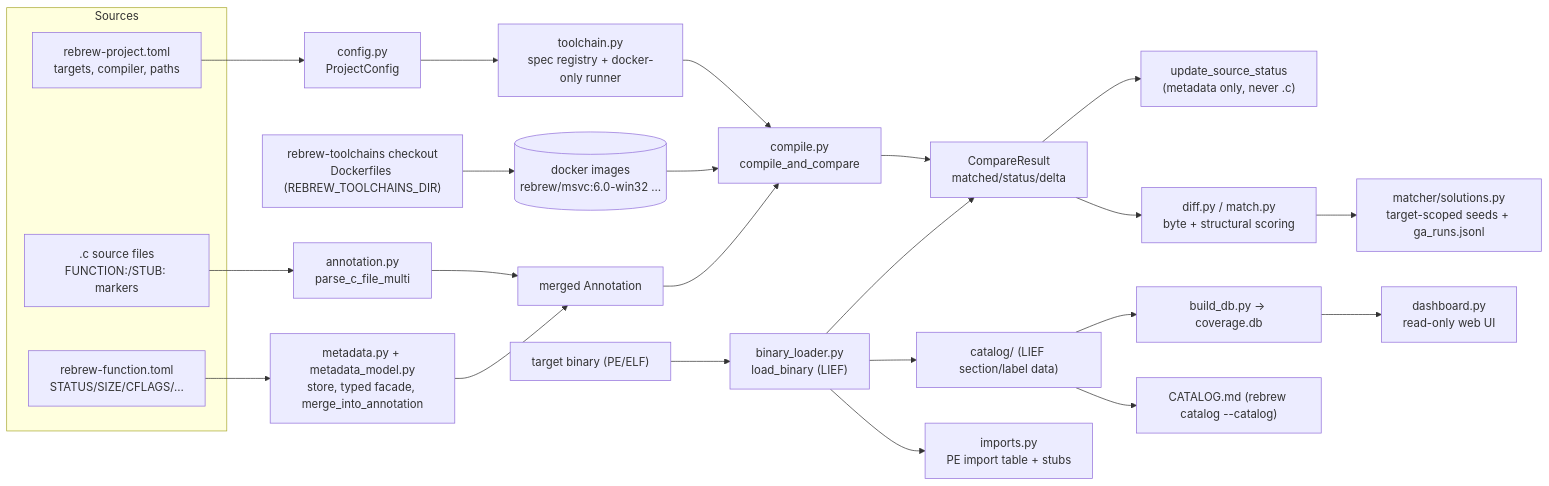
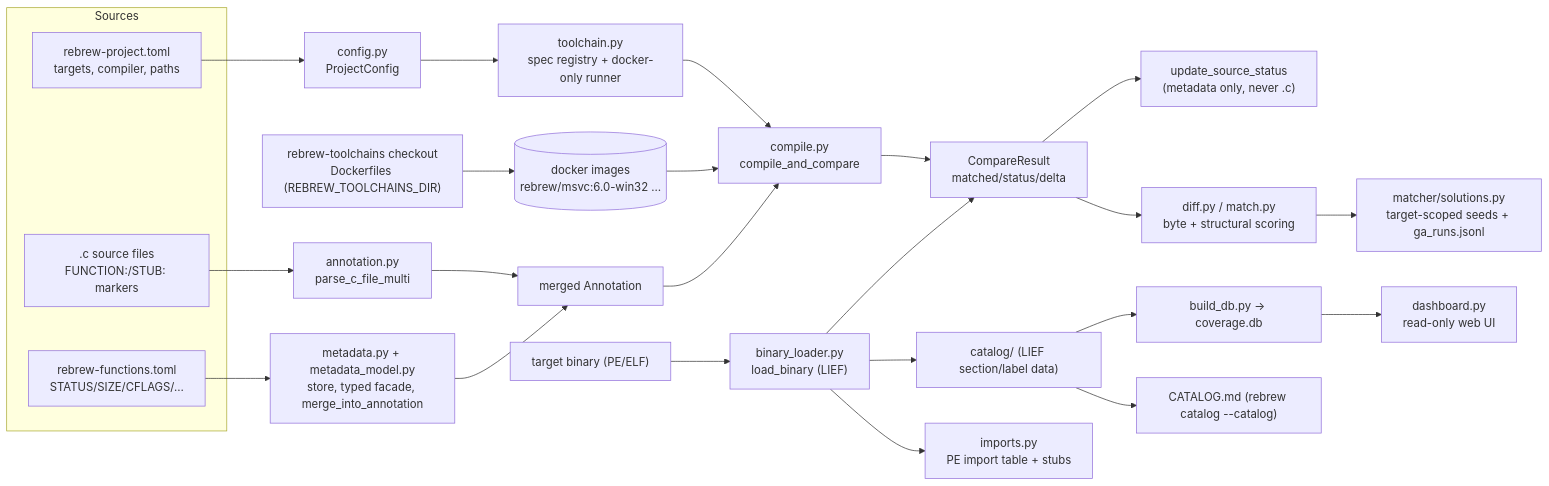
One commit to maci0/rebrew changed the diagram in docs/ARCHITECTURE.md. Above: the diagram before and after it, drawn with Mermaid. The commit also changed other lines of this file and 99 other files, not shown here.

First line of the commit message:
refactor: rename rebrew-function.toml -> rebrew-functions.toml

````diff
--- a/docs/ARCHITECTURE.md
+++ b/docs/ARCHITECTURE.md
@@ -23,36 +23,36 @@
 ```mermaid
 flowchart LR
     subgraph Sources
         C[".c source files<br/>FUNCTION:/STUB: markers"]
         TOML["rebrew-project.toml<br/>targets, compiler, paths"]
-        META["rebrew-function.toml<br/>STATUS/SIZE/CFLAGS/…"]
+        META["rebrew-functions.toml<br/>STATUS/SIZE/CFLAGS/…"]
     end
 
     C --> ANNOT["annotation.py<br/>parse_c_file_multi"]
     META --> FACADE["metadata.py + metadata_model.py<br/>store, typed facade, merge_into_annotation"]
     TOML --> CFG["config.py<br/>ProjectConfig"]
 
     ANNOT --> MERGED["merged Annotation"]
     FACADE --> MERGED
 
     CFG --> TOOLCHAIN["toolchain.py<br/>spec registry + docker-only runner"]
     RT["rebrew-toolchains checkout<br/>Dockerfiles (REBREW_TOOLCHAINS_DIR)"] --> IMG[("docker images<br/>rebrew/msvc:6.0-win32 …")]
     TOOLCHAIN --> COMPILE["compile.py<br/>compile_and_compare"]
     IMG --> COMPILE
 
     BIN["target binary (PE/ELF)"] --> LOAD["binary_loader.py<br/>load_binary (LIEF)"]
     MERGED --> COMPILE
     COMPILE --> CMP["CompareResult<br/>matched/status/delta"]
     LOAD --> CMP
 
     CMP --> STATUS["update_source_status<br/>(metadata only, never .c)"]
     CMP --> DIFF["diff.py / match.py<br/>byte + structural scoring"]
 
     LOAD --> CATALOG["catalog/ (LIEF section/label data)"]
     CATALOG --> DB["build_db.py → coverage.db"]
     CATALOG --> CATMD["CATALOG.md (rebrew catalog --catalog)"]
     DB --> DASH["dashboard.py<br/>read-only web UI"]
 
     LOAD --> IMPORTS["imports.py<br/>PE import table + stubs"]
     DIFF --> SOL["matcher/solutions.py<br/>target-scoped seeds + ga_runs.jsonl"]
 ```
````
